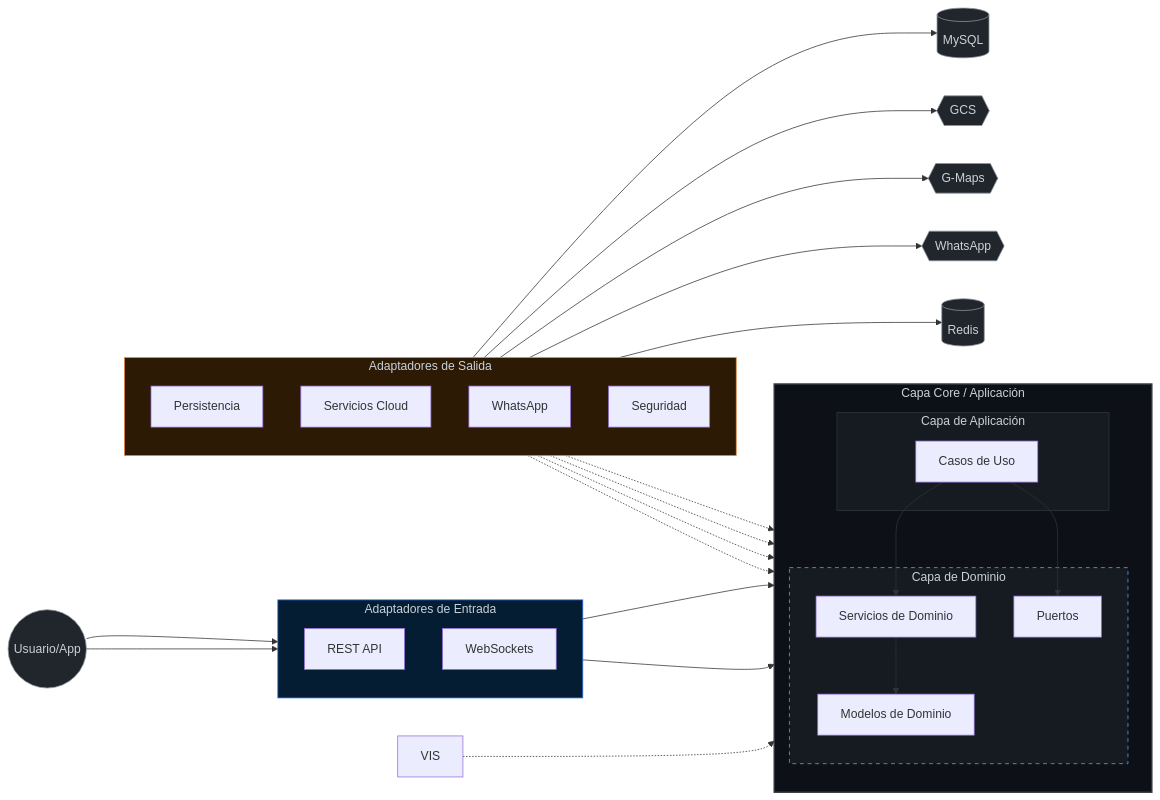
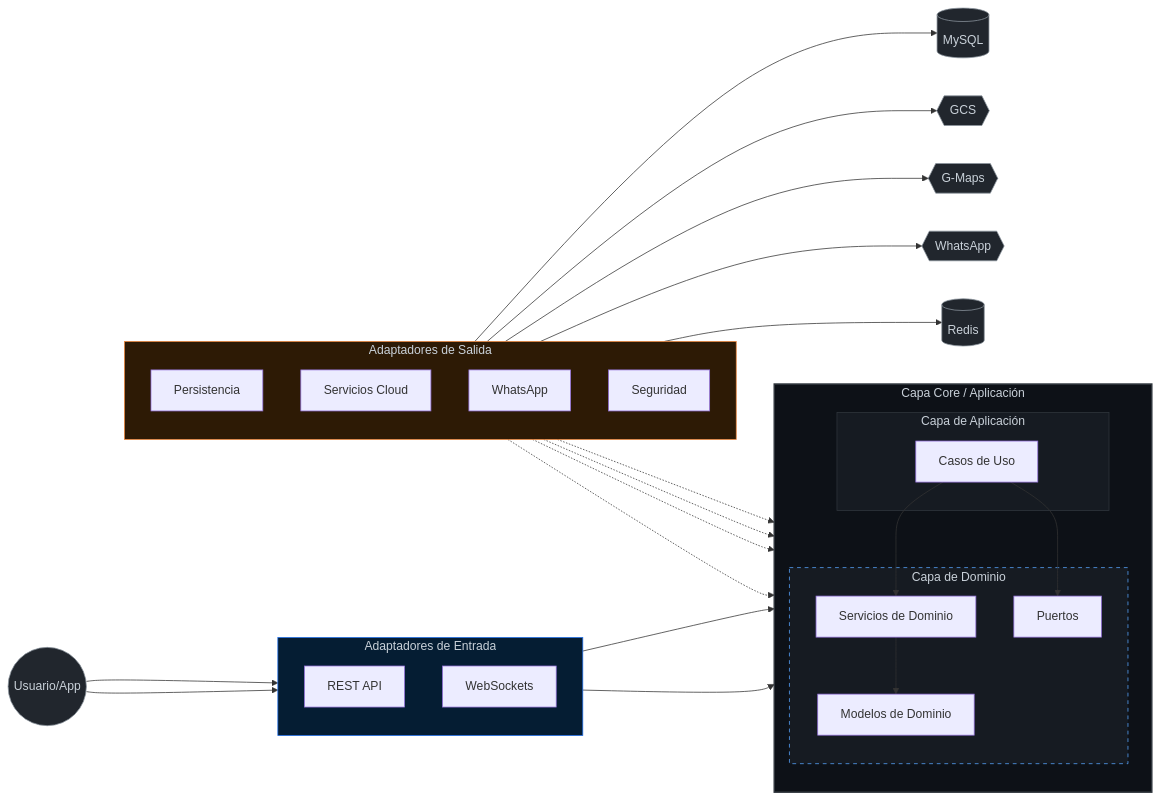
Before and after one commit to fttmatteo/messenger-backend: the first of 3 diagrams in README.md, drawn with Mermaid. The commit also changed other lines of this file and 1 other file, not shown here.

Commit message:
docs: update architecture diagrams and document new deleted entities in README files

````diff
--- a/README.md
+++ b/README.md
@@ -51,71 +51,70 @@
 ```mermaid
 graph LR
     %% Actores Externos
     USER((Usuario/App))
     MAPS{{G-Maps}}
     GCS{{GCS}}
     WAPP{{WhatsApp}}
 
     DB[(MySQL)]
     REDIS[(Redis)]
 
     subgraph IN [Adaptadores de Entrada]
         direction TB
         REST[REST API]
         SOC[WebSockets]
     end
 
     subgraph CORE [Capa Core / Aplicación]
         direction TB
         subgraph APP [Capa de Aplicación]
             UC[Casos de Uso]
         end
         subgraph DOMAIN [Capa de Dominio]
             SVC[Servicios de Dominio]
             PORTS[Puertos]
             MODEL[Modelos de Dominio]
         end
     end
 
     subgraph OUT [Adaptadores de Salida]
         direction TB
         PERS[Persistencia]
         CLD[Servicios Cloud]
         WABA[WhatsApp]
 
         SEC[Seguridad]
     end
 
     %% Flujo de Entrada
     USER --> REST & SOC
     REST & SOC --> UC
 
     %% Lógica de Aplicación
     UC --> SVC
     UC --> PORTS
     SVC --> MODEL
 
     %% Flujo de Salida (Inversión de Dependencia)
     PERS -.-> PORTS
     CLD -.-> PORTS
     WABA -.-> PORTS
-    VIS -.-> PORTS
     SEC -.-> PORTS
 
     %% Conexiones de Infraestructura
     PERS --> DB
     CLD --> GCS & MAPS
     WABA --> WAPP
 
     SEC --> REDIS
 
     %% Estilos
     style CORE fill:#0d1117,stroke:#30363d,stroke-width:2px,color:#c9d1d9
     style DOMAIN fill:#161b22,stroke:#58a6ff,stroke-dasharray: 5 5,color:#c9d1d9
     style APP fill:#161b22,stroke:#30363d,color:#c9d1d9
     style IN fill:#051d33,stroke:#1f6feb,color:#c9d1d9
     style OUT fill:#2d1a05,stroke:#f0883e,color:#c9d1d9
 
     classDef actor fill:#21262d,stroke:#8b949e,color:#c9d1d9
     class USER,MAPS,GCS,WAPP,DB,REDIS actor
 ```
````
